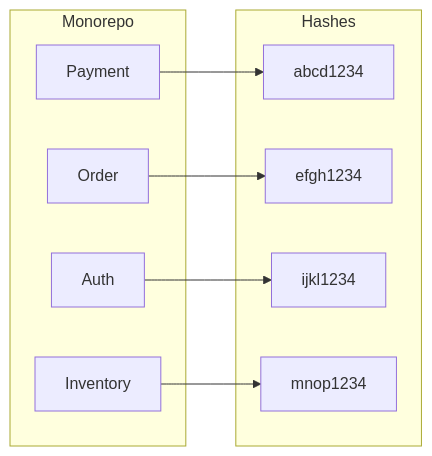
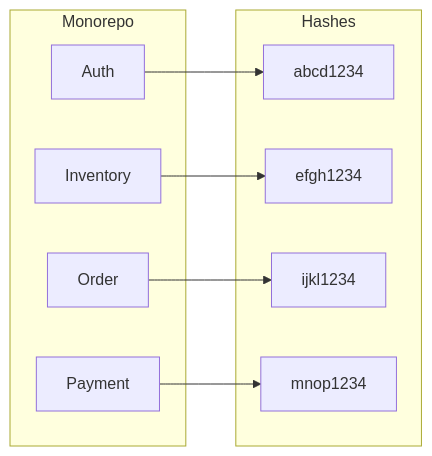
Before and after one commit to developer-friendly/blog: the second of 3 diagrams in docs/posts/2024/0019-selective-builds.md, drawn with Mermaid. The commit also changed other lines of this file and 1 other file, not shown here.

````diff
--- a/docs/posts/2024/0019-selective-builds.md
+++ b/docs/posts/2024/0019-selective-builds.md
@@ -227,19 +246,19 @@
 ```mermaid
 flowchart LR
     subgraph Monorepo
       Auth
       Inventory
       Order
       Payment
     end
     subgraph Hashes
       abcd1234
       efgh1234
       ijkl1234
       mnop1234
     end
-    Auth --> ijkl1234
-    Inventory --> mnop1234
-    Order --> efgh1234
-    Payment --> abcd1234
+    Auth --> abcd1234
+    Inventory --> efgh1234
+    Order --> ijkl1234
+    Payment --> mnop1234
 ```
````
